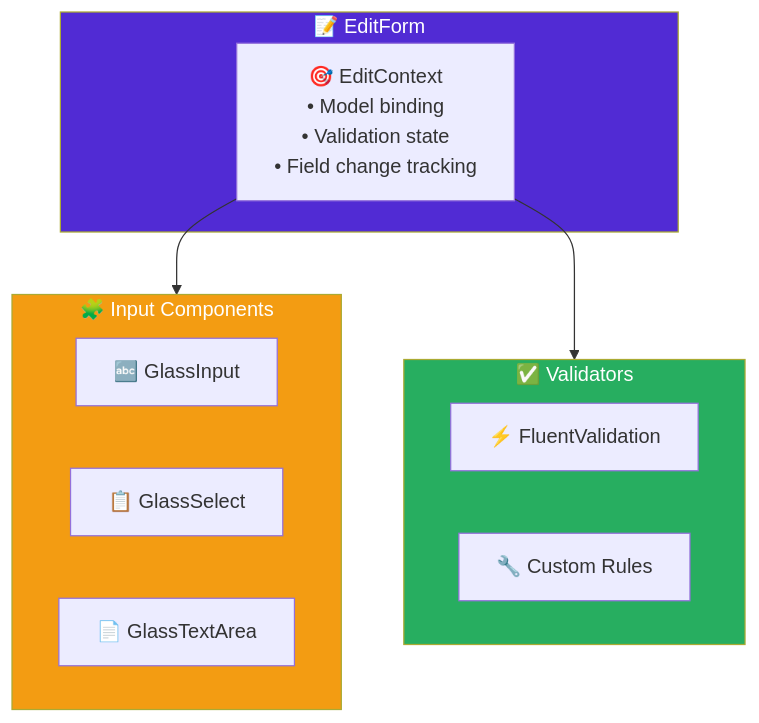
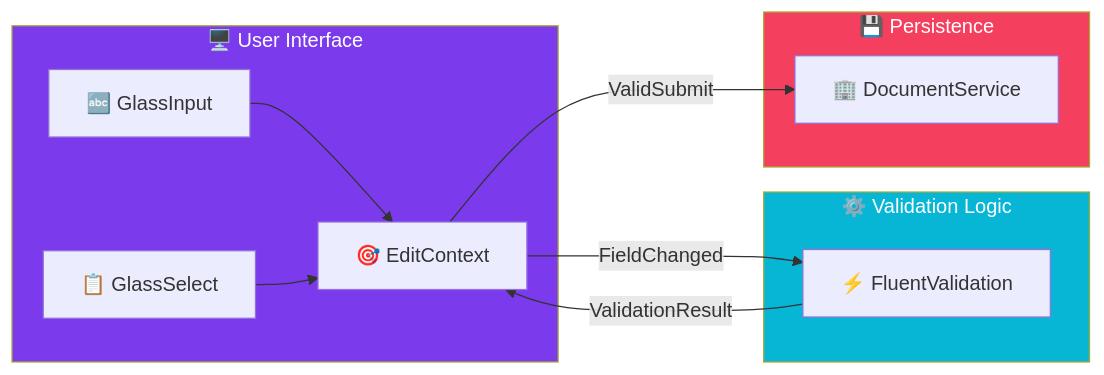
Before and after one commit to viktorrobin/bluerobin-blog: the diagram in src/content/blog/blazor-forms-validation-state.mdx, drawn with Mermaid. The commit also changed other lines of this file and 127 other files, not shown here.

````diff
--- a/src/content/blog/blazor-forms-validation-state.mdx
+++ b/src/content/blog/blazor-forms-validation-state.mdx
@@ -24,24 +36,25 @@
 ```mermaid
-flowchart TB
-    subgraph EditForm["📝 EditForm"]
-        EC["🎯 EditContext<br/>• Model binding<br/>• Validation state<br/>• Field change tracking"]
+flowchart LR
+    subgraph UI["🖥️ User Interface"]
+        Input["🔤 GlassInput"] --> EC["🎯 EditContext"]
+        Select["📋 GlassSelect"] --> EC
     end
 
-    subgraph Components["🧩 Input Components"]
-        GI["🔤 GlassInput"]
-        GS["📋 GlassSelect"]
-        GT["📄 GlassTextArea"]
+    subgraph Logic["⚙️ Validation Logic"]
+        EC -->|FieldChanged| Validator["⚡ FluentValidation"]
+        Validator -->|ValidationResult| EC
     end
 
-    subgraph Validation["✅ Validators"]
-        FV["⚡ FluentValidation"]
-        CR["🔧 Custom Rules"]
+    subgraph Server["💾 Persistence"]
+        EC -->|ValidSubmit| Service["🏢 DocumentService"]
     end
 
-    EC --> Components
-    EC --> Validation
+    classDef primary fill:#7c3aed,color:#fff
+    classDef secondary fill:#06b6d4,color:#fff
+    classDef db fill:#f43f5e,color:#fff
+    classDef warning fill:#fbbf24,color:#000
 
-    style EditForm fill:#512bd4,color:#fff
-    style Components fill:#f39c12,color:#fff
-    style Validation fill:#27ae60,color:#fff
+    class UI primary
+    class Logic secondary
+    class Server db
 ```
````
